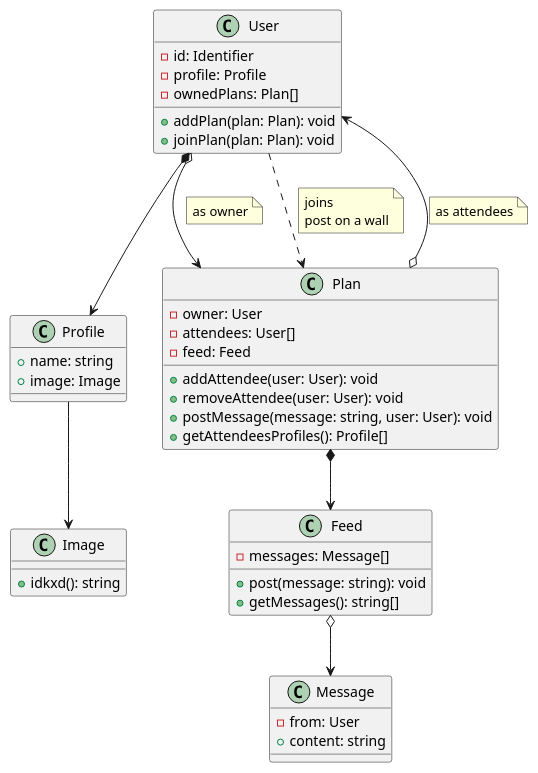
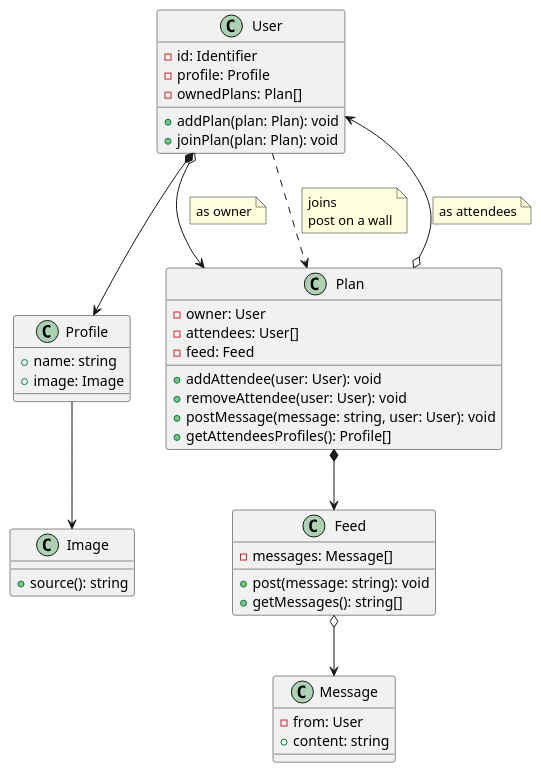
One commit to colasin16/pop-up-plan-service changed the second of 2 diagrams in docs/src/domain-model.puml. Above: the diagram before and after it, drawn with PlantUML. The commit also changed 14 other files, not shown here.

```diff
--- a/docs/src/domain-model.puml
+++ b/docs/src/domain-model.puml
@@ -24,60 +24,60 @@
 @startuml Domain Classes
 
 
 class User {
   - id: Identifier
   - profile: Profile
   - ownedPlans: Plan[]
   + addPlan(plan: Plan): void
   + joinPlan(plan: Plan): void
 }
 
 class Profile {
   + name: string
   + image: Image
 }
 
 class Image {
-  + idkxd(): string
+  + source(): string
 }
 
 class Plan {
   - owner: User
   - attendees: User[]
   - feed: Feed
   + addAttendee(user: User): void
   + removeAttendee(user: User): void
   + postMessage(message: string, user: User): void
   + getAttendeesProfiles(): Profile[]
 }
 
 class Feed {
   - messages: Message[]
   + post(message: string): void
   + getMessages(): string[]
 }
 
 class Message {
   - from: User
   + content: string 
 }
 
 
 User *--> Profile
 Profile --> Image
 User o--> Plan
 note on link
 as owner
 end note
 User ..> Plan
 note on link
 joins
 post on a wall
 end note
 Plan o--> User
 note on link
 as attendees
 end note
 Plan *--> Feed
 Feed o--> Message
 @enduml
```
